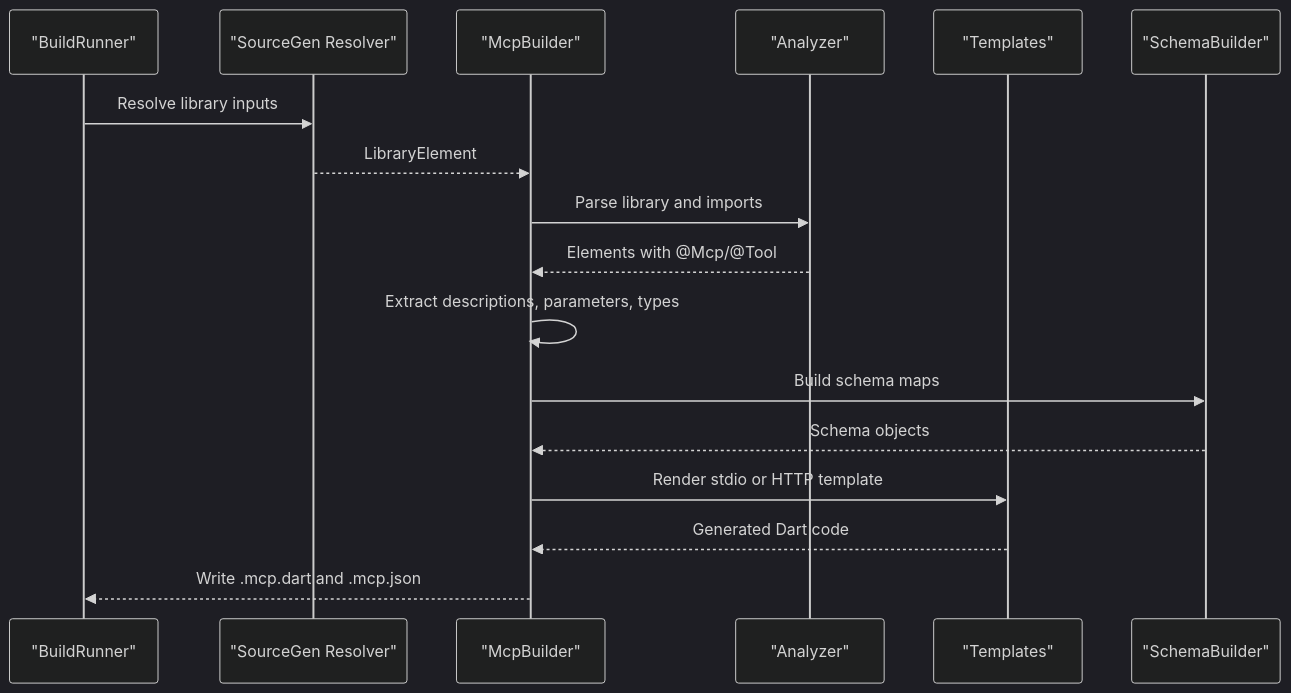
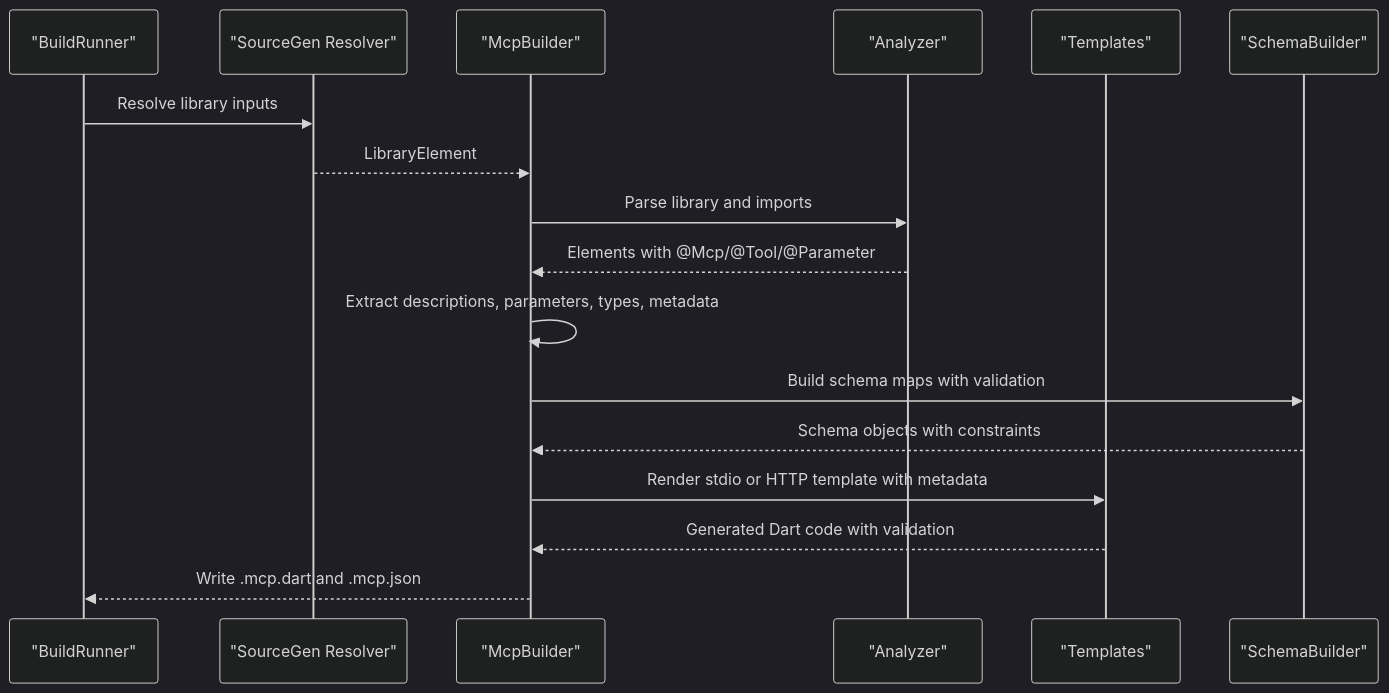
The second of 9 diagrams in .qoder/repowiki/en/content/Core Concepts/Code Generation Workflow.md (cdavis-code/easy_mcp_workspace), drawn with Mermaid (dark theme) before and after one commit. The commit also changed other lines of this file and 4 other files, not shown here.

````diff
--- a/.qoder/repowiki/en/content/Core Concepts/Code Generation Workflow.md
+++ b/.qoder/repowiki/en/content/Core Concepts/Code Generation Workflow.md
@@ -102,19 +113,19 @@
 ```mermaid
 sequenceDiagram
 participant BR as "BuildRunner"
 participant SG as "SourceGen Resolver"
 participant MB as "McpBuilder"
 participant AN as "Analyzer"
 participant TM as "Templates"
 participant SB as "SchemaBuilder"
 BR->>SG : Resolve library inputs
 SG-->>MB : LibraryElement
 MB->>AN : Parse library and imports
-AN-->>MB : Elements with @Mcp/@Tool
-MB->>MB : Extract descriptions, parameters, types
-MB->>SB : Build schema maps
-SB-->>MB : Schema objects
-MB->>TM : Render stdio or HTTP template
-TM-->>MB : Generated Dart code
+AN-->>MB : Elements with @Mcp/@Tool/@Parameter
+MB->>MB : Extract descriptions, parameters, types, metadata
+MB->>SB : Build schema maps with validation
+SB-->>MB : Schema objects with constraints
+MB->>TM : Render stdio or HTTP template with metadata
+TM-->>MB : Generated Dart code with validation
 MB-->>BR : Write .mcp.dart and .mcp.json
 ```
````
